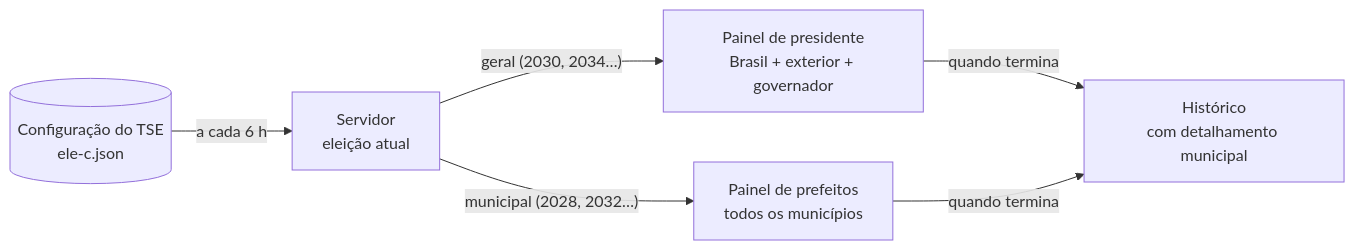
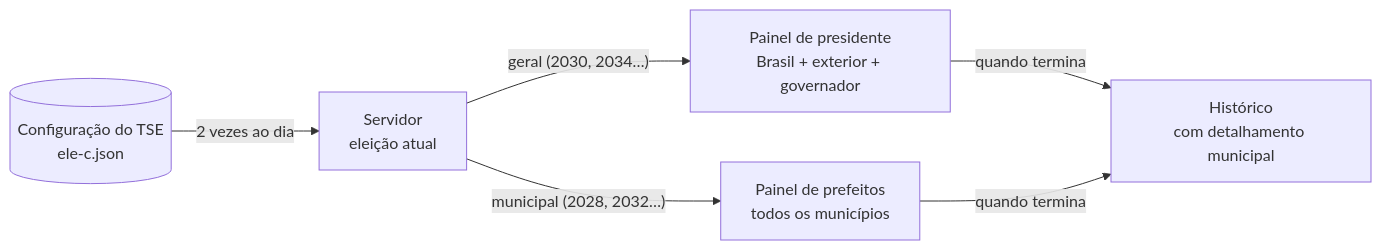
One commit to felipeaquinoti08/eleicoes changed the third of 3 diagrams in README.md. Above: the diagram before and after it, drawn with Mermaid. The commit also changed other lines of this file and 7 other files, not shown here.

First line of the commit message:
Fora de eleição, consultas ao TSE só 2 vezes ao dia

````diff
--- a/README.md
+++ b/README.md
@@ -567,7 +569,7 @@
 ```mermaid
 flowchart LR
-  CFG[("Configuração do TSE<br/>ele-c.json")] -->|"a cada 6 h"| EA["Servidor<br/>eleição atual"]
+  CFG[("Configuração do TSE<br/>ele-c.json")] -->|"2 vezes ao dia"| EA["Servidor<br/>eleição atual"]
   EA -->|"geral (2030, 2034…)"| G["Painel de presidente<br/>Brasil + exterior + governador"]
   EA -->|"municipal (2028, 2032…)"| M["Painel de prefeitos<br/>todos os municípios"]
   G & M -->|"quando termina"| H["Histórico<br/>com detalhamento municipal"]
 ```
````
